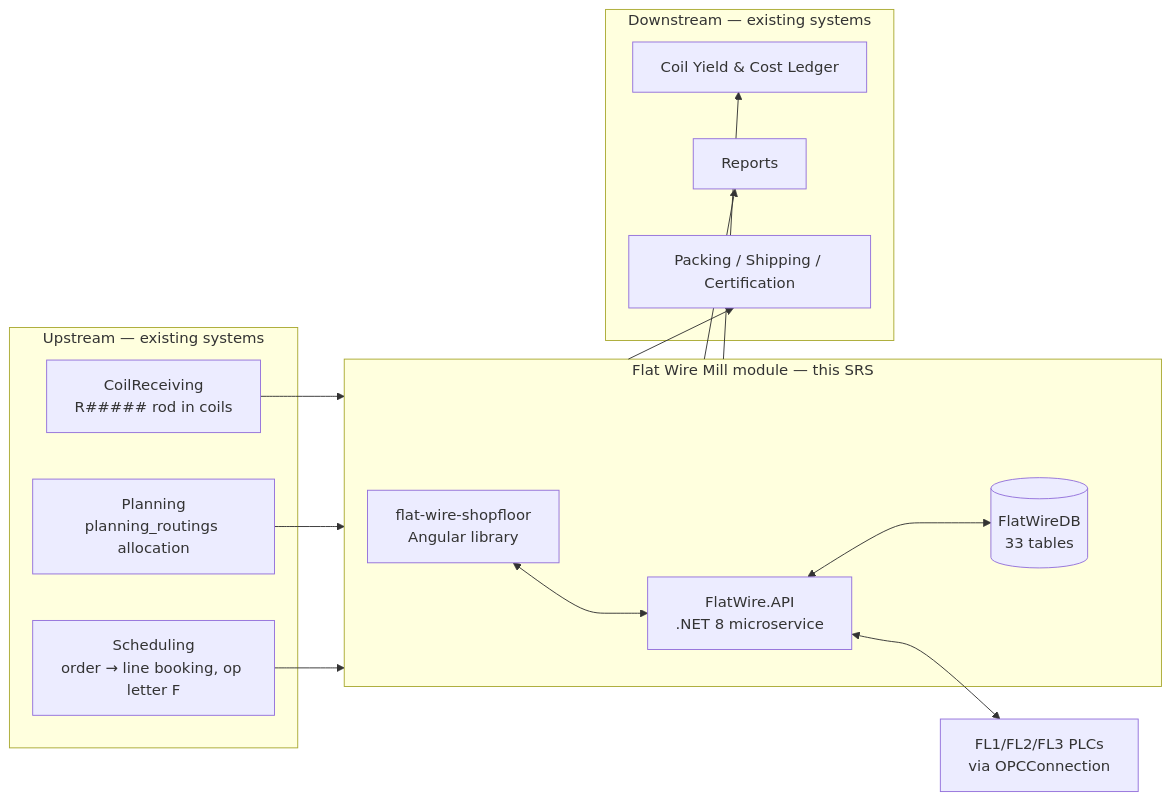
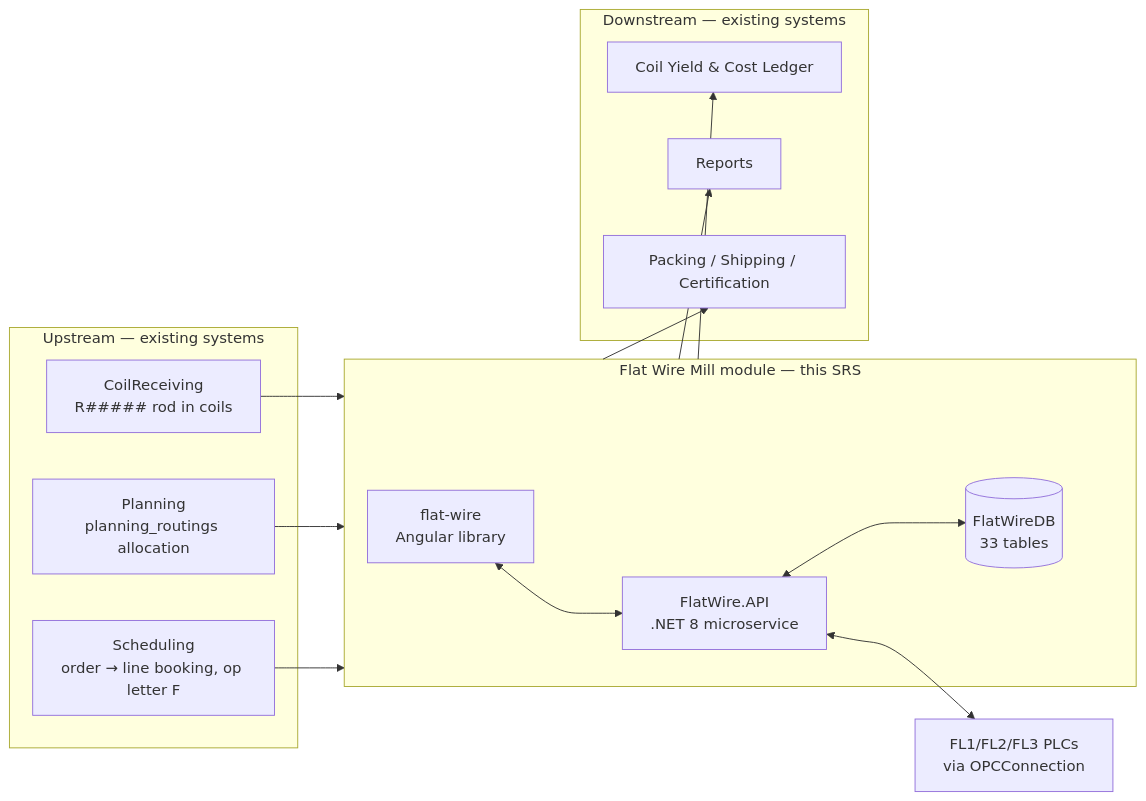
The diagram in MVP-1/ProjectPlan/Business/BusinessRequirements.md (UnitedAluminum/Flatwire-planning), drawn with Mermaid before and after one commit. The commit also changed 50 other files, not shown here.

````diff
--- a/MVP-1/ProjectPlan/Business/BusinessRequirements.md
+++ b/MVP-1/ProjectPlan/Business/BusinessRequirements.md
@@ -85,29 +85,29 @@
 ```mermaid
 flowchart LR
   subgraph UP["Upstream — existing systems"]
     RCV["CoilReceiving<br/>R##### rod in coils"]
     PLN["Planning<br/>planning_routings allocation"]
     SCH["Scheduling<br/>order → line booking, op letter F"]
   end
   subgraph FW["Flat Wire Mill module — this SRS"]
-    UI["flat-wire-shopfloor<br/>Angular library"]
+    UI["flat-wire<br/>Angular library"]
     API["FlatWire.API<br/>.NET 8 microservice"]
     DB[("FlatWireDB<br/>33 tables")]
   end
   subgraph DOWN["Downstream — existing systems"]
     YLD["Coil Yield & Cost Ledger"]
     RPT["Reports"]
     PACK["Packing / Shipping / Certification"]
   end
   PLC["FL1/FL2/FL3 PLCs<br/>via OPCConnection"]
 
   RCV --> FW
   PLN --> FW
   SCH --> FW
   UI <--> API
   API <--> DB
   API <--> PLC
   FW --> YLD
   FW --> RPT
   FW --> PACK
 ```
````
